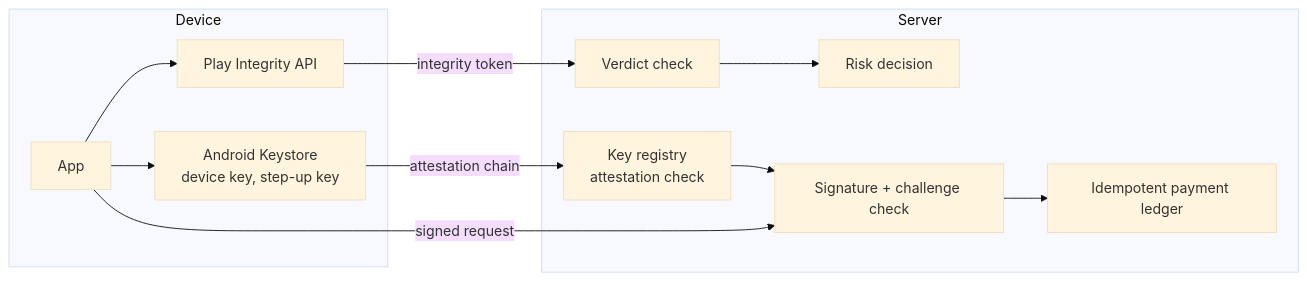
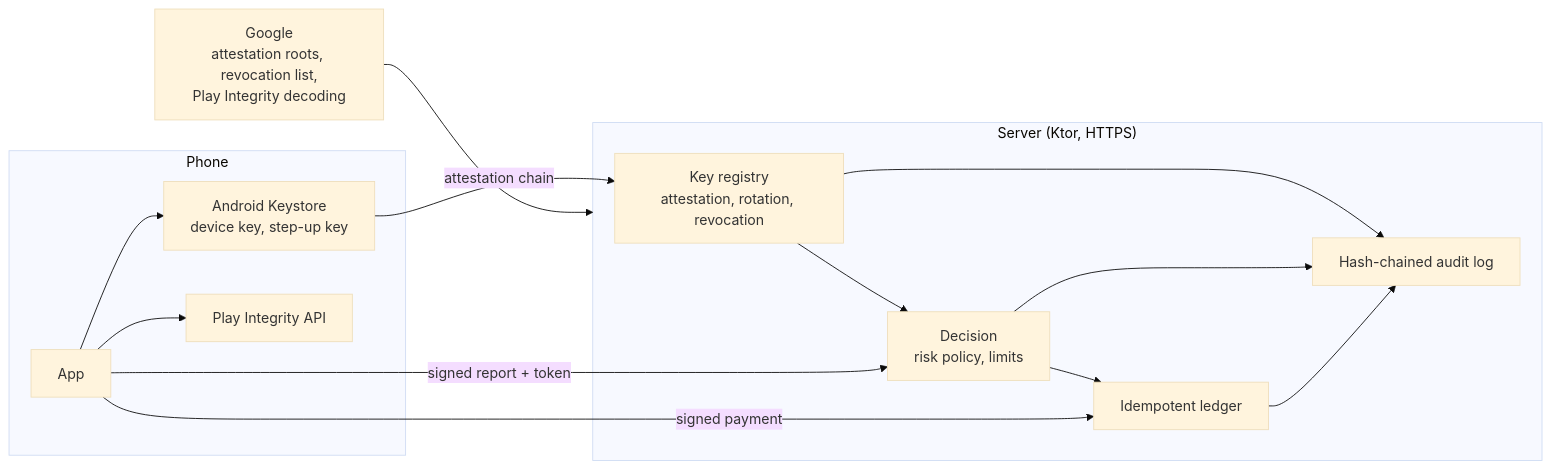
Before and after one commit to fattah247/trustgate-android: the second of 2 diagrams in README.md, drawn with Mermaid (base theme). The commit also changed other lines of this file and 1 other file, not shown here.

````diff
--- a/README.md
+++ b/README.md
@@ -83,15 +90,16 @@
 ```mermaid
 flowchart LR
-    subgraph Device
+    subgraph Phone
         A[App] --> K[Android Keystore<br/>device key, step-up key]
         A --> PI[Play Integrity API]
     end
-    subgraph Server
-        V[Verdict check] --> D[Risk decision]
-        R[Key registry<br/>attestation check] --> S[Signature + challenge check]
-        S --> P[Idempotent payment ledger]
+    subgraph Server["Server (Ktor, HTTPS)"]
+        R[Key registry<br/>attestation, rotation, revocation] --> D[Decision<br/>risk policy, limits]
+        D --> P[Idempotent ledger]
+        R & D & P --> L[Hash-chained audit log]
     end
-    PI -- integrity token --> V
+    G[Google<br/>attestation roots, revocation list,<br/>Play Integrity decoding] --> Server
     K -- attestation chain --> R
-    A -- signed request --> S
+    A -- signed report + token --> D
+    A -- signed payment --> P
 ```
````
